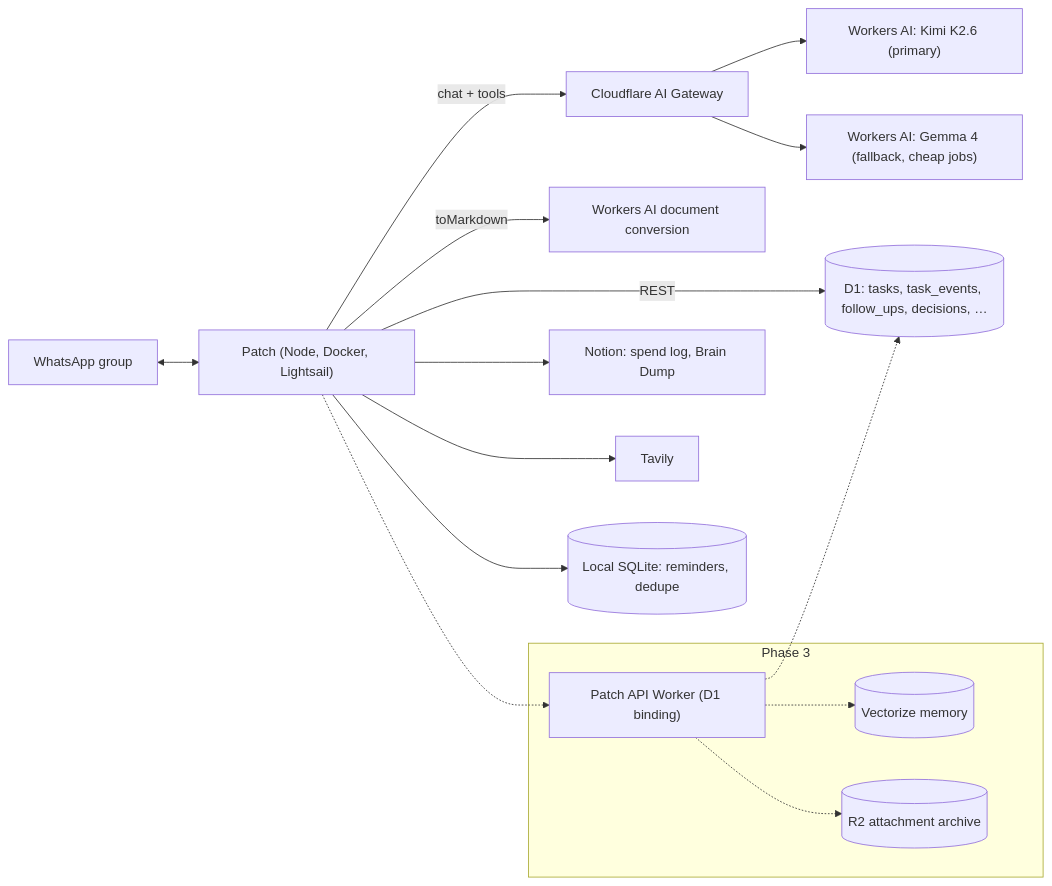
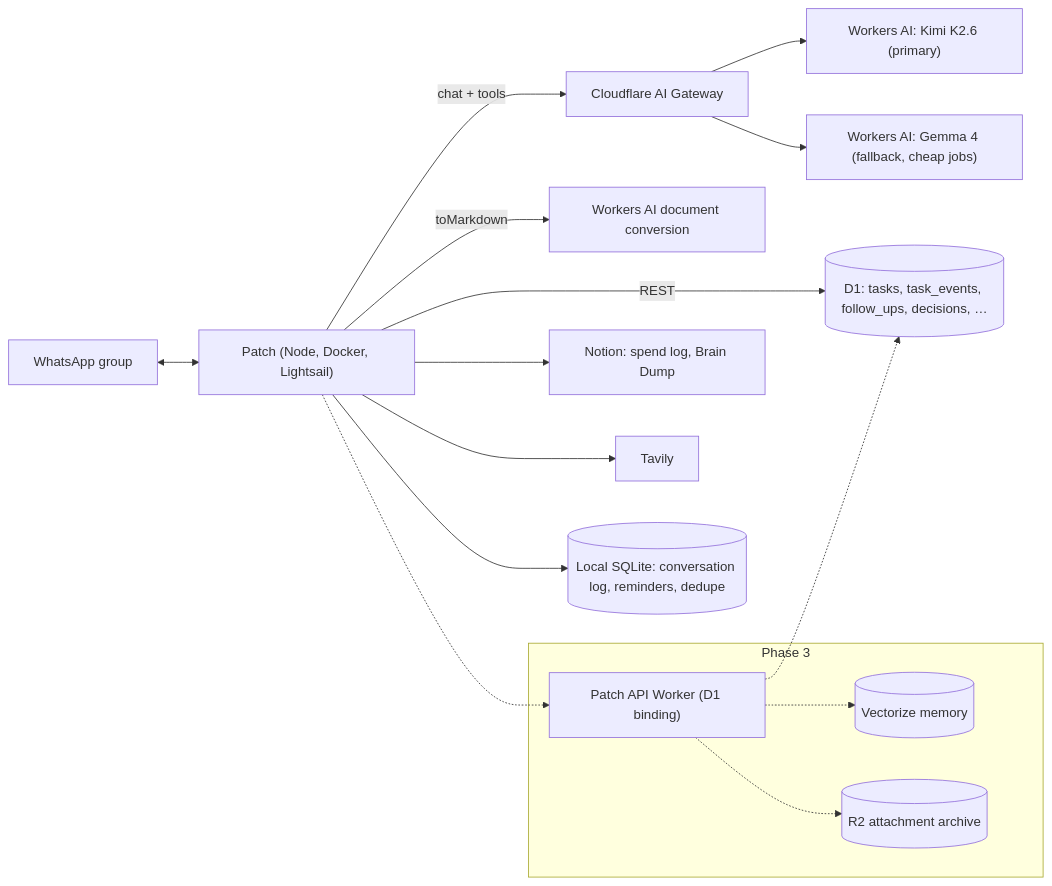
Before and after one commit to sagnik11/dia-whatsapp-bot: the diagram in docs/chief-of-staff-plan.md, drawn with Mermaid. The commit also changed other lines of this file and 13 other files, not shown here.

````diff
--- a/docs/chief-of-staff-plan.md
+++ b/docs/chief-of-staff-plan.md
@@ -162,21 +167,21 @@
 ```mermaid
 flowchart LR
     WA["WhatsApp group"] <--> BOT["Patch (Node, Docker, Lightsail)"]
     BOT -->|chat + tools| GW["Cloudflare AI Gateway"]
     GW --> K["Workers AI: Kimi K2.6 (primary)"]
     GW --> G["Workers AI: Gemma 4 (fallback, cheap jobs)"]
     BOT -->|toMarkdown| WAI["Workers AI document conversion"]
     BOT -->|REST| D1[("D1: tasks, task_events, follow_ups, decisions, …")]
     BOT --> N["Notion: spend log, Brain Dump"]
     BOT --> T["Tavily"]
-    BOT --> SQ[("Local SQLite: reminders, dedupe")]
+    BOT --> SQ[("Local SQLite: conversation log, reminders, dedupe")]
     subgraph Phase 3
       VEC[("Vectorize memory")]
       R2[("R2 attachment archive")]
       W["Patch API Worker (D1 binding)"]
     end
     BOT -.-> W
     W -.-> D1
     W -.-> VEC
     W -.-> R2
 ```
````
